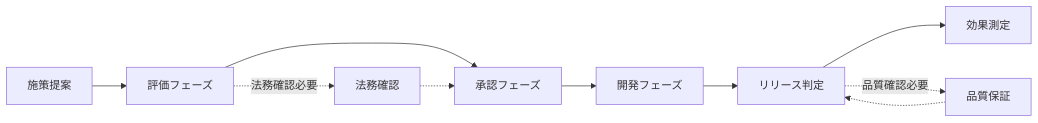
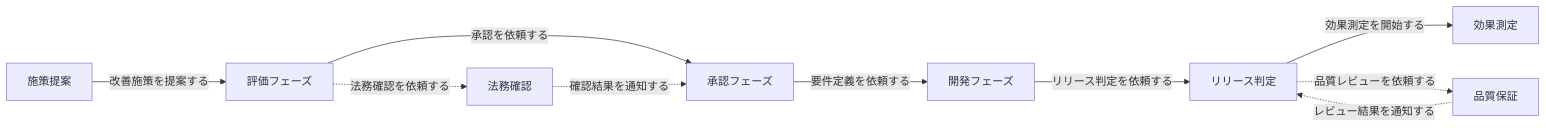
Before and after one commit to tis-abe-akira/event-storming2: the first of 2 diagrams in business-flow.md, drawn with Mermaid. The commit also changed other lines of this file, not shown here.

````diff
--- a/business-flow.md
+++ b/business-flow.md
@@ -4,21 +4,21 @@
 ```mermaid
 graph LR
     提案[施策提案]
     評価[評価フェーズ]
     承認[承認フェーズ]
     開発[開発フェーズ]
     リリース[リリース判定]
     効果測定[効果測定]
 
-    提案 --> 評価
-    評価 --> 承認
-    承認 --> 開発
-    開発 --> リリース
-    リリース --> 効果測定
+    提案 -->|"改善施策を提案する"| 評価
+    評価 -->|"承認を依頼する"| 承認
+    承認 -->|"要件定義を依頼する"| 開発
+    開発 -->|"リリース判定を依頼する"| リリース
+    リリース -->|"効果測定を開始する"| 効果測定
 
     %% 代替パス
-    評価 -.-> |法務確認必要| 法務[法務確認]
-    法務 -.-> 承認
-    リリース -.-> |品質確認必要| 品質[品質保証]
-    品質 -.-> リリース
+    評価 -.->|"法務確認を依頼する"| 法務[法務確認]
+    法務 -.->|"確認結果を通知する"| 承認
+    リリース -.->|"品質レビューを依頼する"| 品質[品質保証]
+    品質 -.->|"レビュー結果を通知する"| リリース
 ```
````
